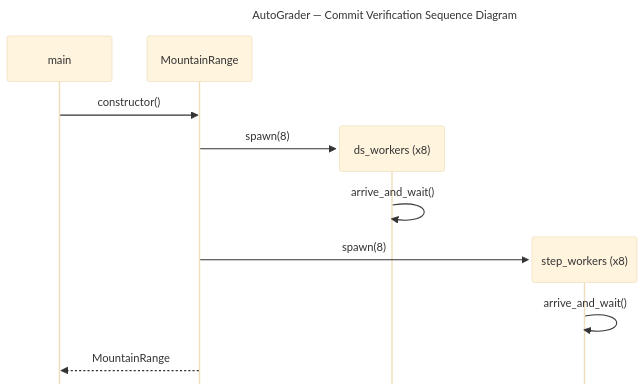
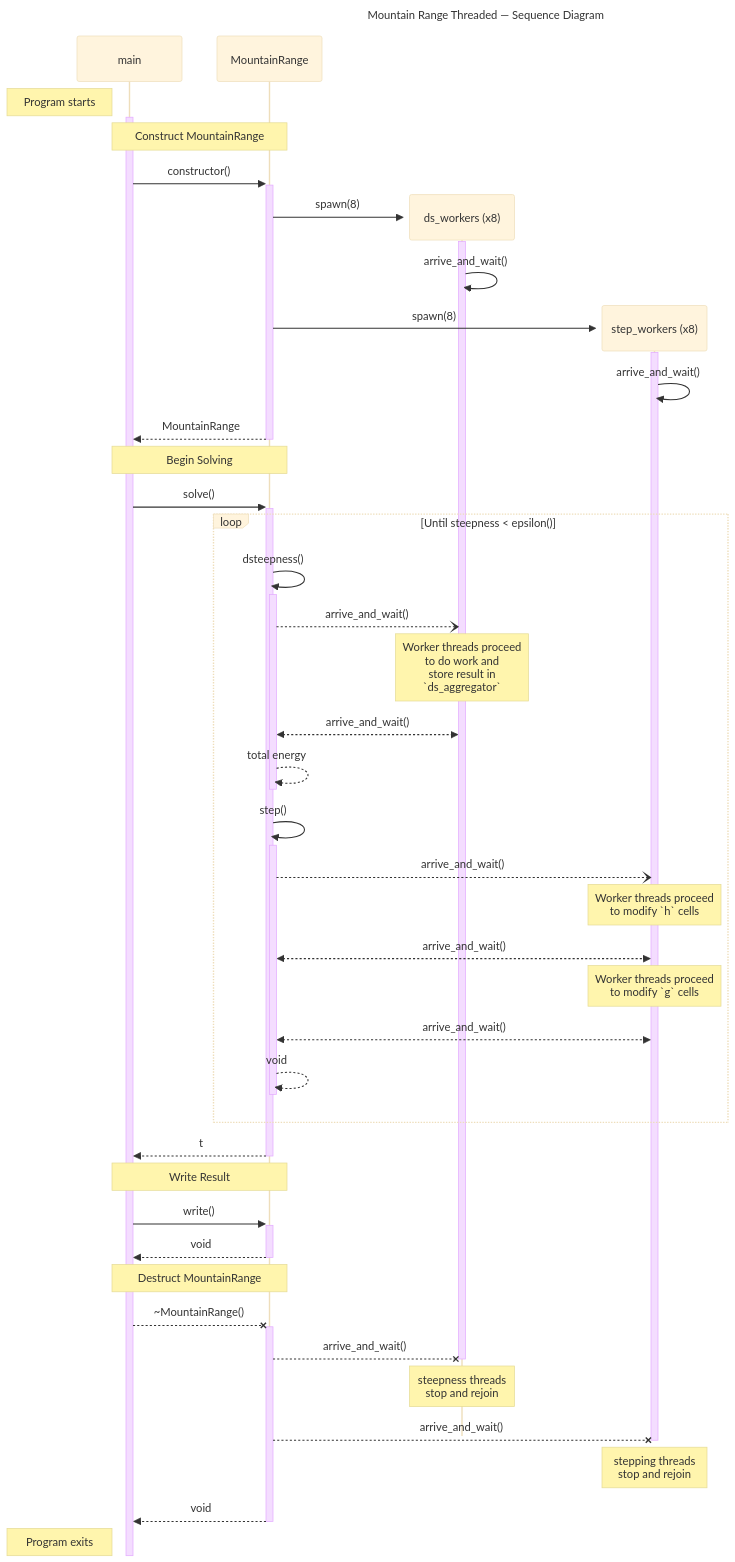
The diagram in threaded-sequence-diagram.md (BYUHPC/sci-comp-course-example-cxx), drawn with Mermaid (base theme) before and after one commit. The commit also changed other lines of this file, not shown here.

Commit message:
Update threaded-sequence-diagram.md Complete Sequence Diagram

````diff
--- a/threaded-sequence-diagram.md
+++ b/threaded-sequence-diagram.md
@@ -3,23 +24,77 @@
 ```mermaid
 ---
-title: AutoGrader — Commit Verification Sequence Diagram
+title: Mountain Range Threaded — Sequence Diagram
 config:
   mirrorActors: false
 ---
 
 sequenceDiagram
 
 participant main
 participant MR as MountainRange
 
-main->>MR: constructor()
-create participant dw as ds_workers (x8)
-MR->>dw: spawn(8)
-dw->>dw: arrive_and_wait()
-create participant sw as step_workers (x8)
-MR->>sw: spawn(8)
-sw->>sw: arrive_and_wait()
-MR-->>main: MountainRange
+note left of main: Program starts
+activate main
 
+%% Construct MountainRange
+note over main,MR: Construct MountainRange
+main->>+MR: constructor()
+    create participant dw as ds_workers (x8)
+    MR->>+dw: spawn(8)
+    dw->>dw: arrive_and_wait()
+    create participant sw as step_workers (x8)
+    MR->>+sw: spawn(8)
+    sw->>sw: arrive_and_wait()
+MR-->>-main: MountainRange
+%% End construct MountainRange
+
+%% Call Solve
+note over main,MR: Begin Solving
+main->>+MR: solve()
+    loop Until steepness < epsilon()
+        
+        %% Evaluate steepness
+        MR->>+MR: dsteepness()
+            MR--)dw: arrive_and_wait()
+            note over dw: Worker threads proceed<br>to do work and <br>store result in <br>`ds_aggregator`
+            MR<<-->>dw: arrive_and_wait()
+        MR-->>-MR: total energy
+        
+        %% Perform step
+        MR->>+MR: step()
+            MR--)sw: arrive_and_wait()
+            note over sw: Worker threads proceed<br>to modify `h` cells
+            MR<<-->>sw: arrive_and_wait()
+            note over sw: Worker threads proceed<br>to modify `g` cells
+            MR<<-->>sw: arrive_and_wait()
+        MR-->>-MR: void
+    
+    end
+MR-->>-main: t
+%% End solve
+
+%% Call Write
+note over main,MR: Write Result
+main->>+MR: write()
+MR-->>-main: void
+%% end write
+
+%% Destruct MountainRange
+note over main,MR: Destruct MountainRange
+main--x+MR: ~MountainRange()
+    MR--xdw: arrive_and_wait()
+    deactivate dw
+    %%destroy dw
+    note over dw: steepness threads<br>stop and rejoin
+    MR--xsw: arrive_and_wait()
+    deactivate sw
+    %%destroy sw
+    note over sw: stepping threads<br>stop and rejoin
+MR-->>-main: void
+destroy MR
+%% end destruct MountainRange
+
+note left of main: Program exits
+deactivate main
 
 ```
````
